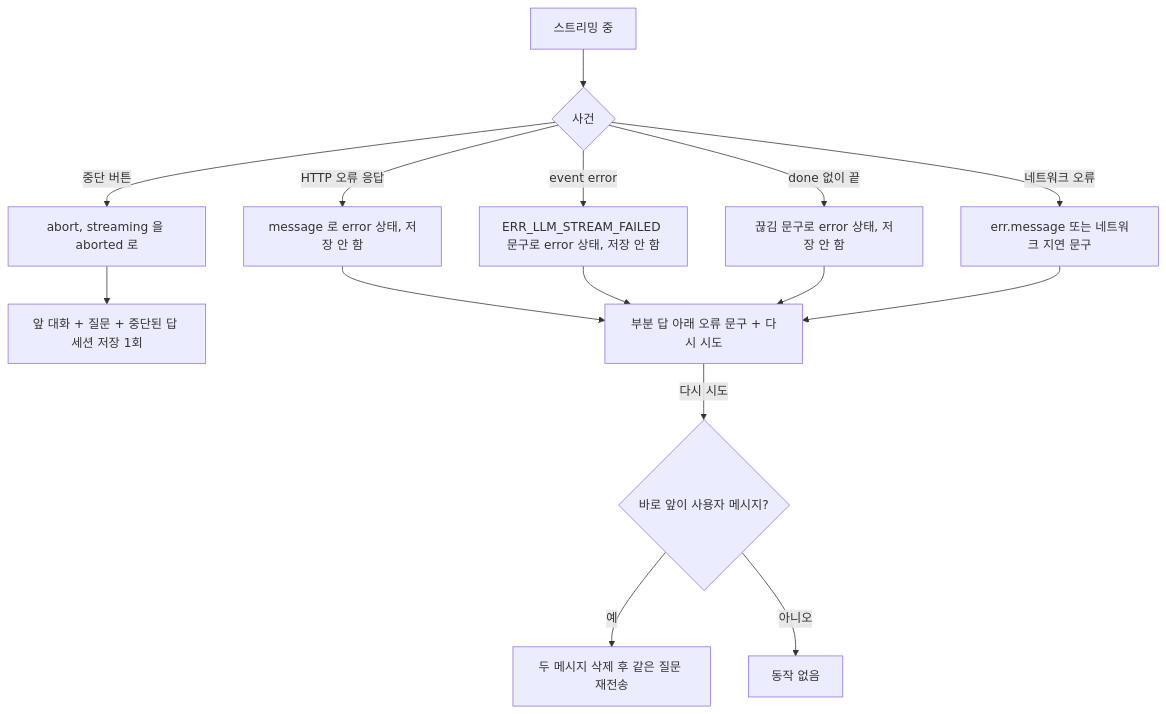
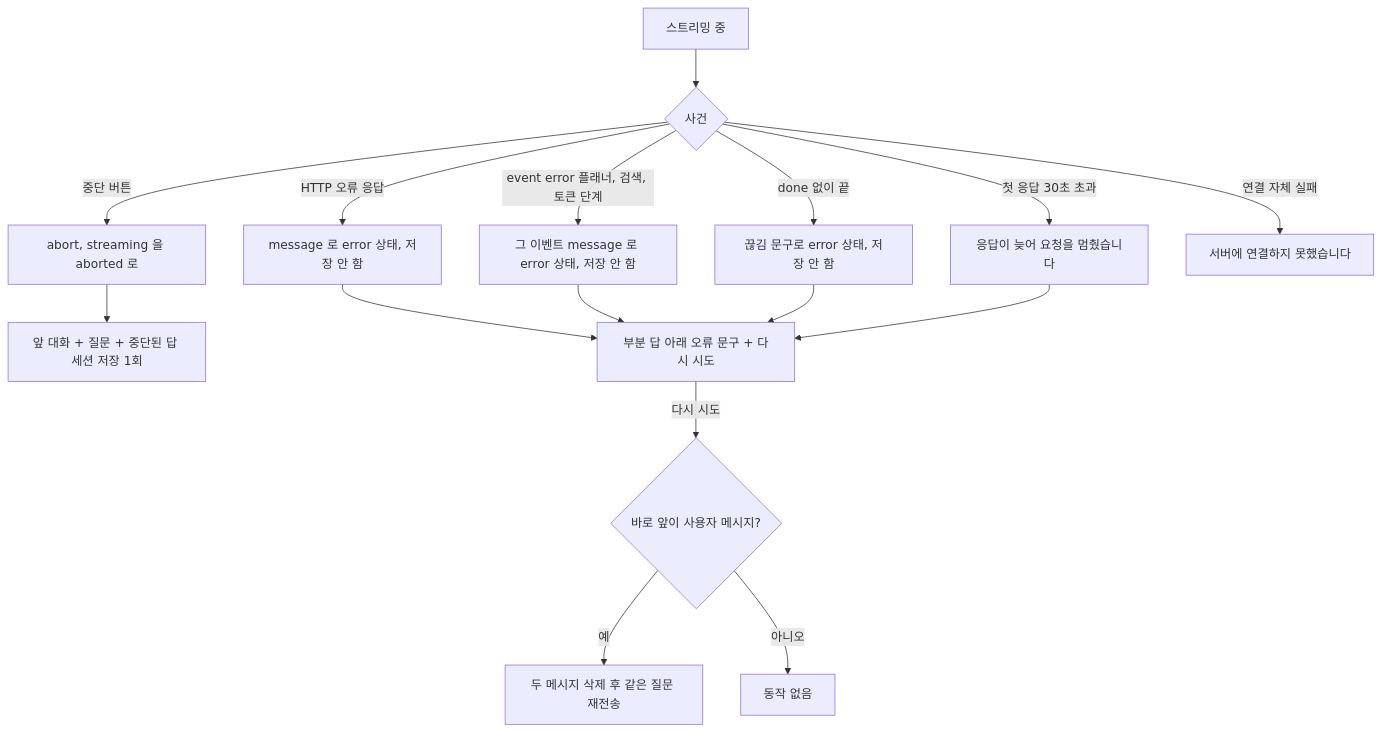
One commit to ozplayground/agent-lens changed diagram 20 of 27 in docs/spec-writer/fsd/02_AI_CHAT_SPECIFICATION.md. Above: the diagram before and after it, drawn with Mermaid. The commit also changed other lines of this file and 216 other files, not shown here.

````diff
--- a/docs/spec-writer/fsd/02_AI_CHAT_SPECIFICATION.md
+++ b/docs/spec-writer/fsd/02_AI_CHAT_SPECIFICATION.md
@@ -1532,17 +1567,18 @@
 ```mermaid
 flowchart TD
     A["스트리밍 중"] --> B{"사건"}
     B -->|중단 버튼| C["abort, streaming 을 aborted 로"]
     C --> D["앞 대화 + 질문 + 중단된 답 세션 저장 1회"]
     B -->|HTTP 오류 응답| E["message 로 error 상태, 저장 안 함"]
-    B -->|event error| F["ERR_LLM_STREAM_FAILED 문구로 error 상태, 저장 안 함"]
+    B -->|event error 플래너, 검색, 토큰 단계| F["그 이벤트 message 로 error 상태, 저장 안 함"]
     B -->|done 없이 끝| F2["끊김 문구로 error 상태, 저장 안 함"]
-    B -->|네트워크 오류| G["err.message 또는 네트워크 지연 문구"]
+    B -->|첫 응답 30초 초과| G["응답이 늦어 요청을 멈췄습니다"]
+    B -->|연결 자체 실패| G2["서버에 연결하지 못했습니다"]
     E --> H["부분 답 아래 오류 문구 + 다시 시도"]
     F --> H
     F2 --> H
     G --> H
     H -->|다시 시도| I{"바로 앞이 사용자 메시지?"}
     I -->|예| J["두 메시지 삭제 후 같은 질문 재전송"]
     I -->|아니오| K["동작 없음"]
 ```
````
